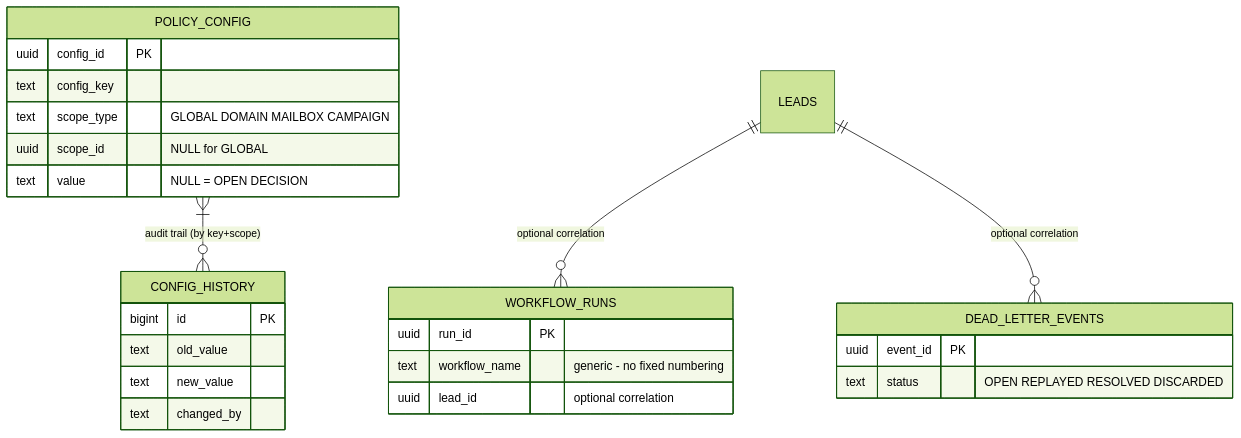
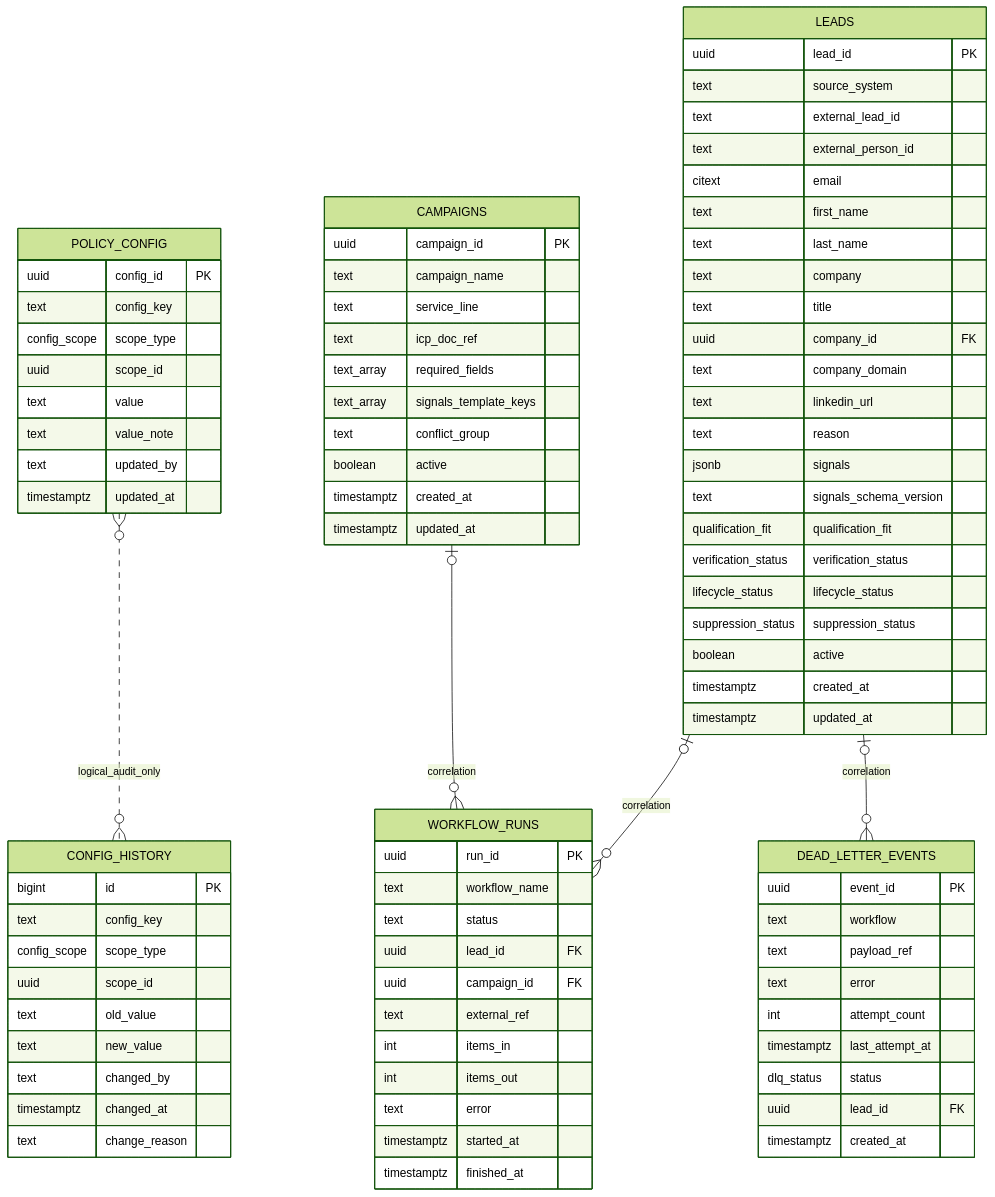
The fifth of 7 diagrams in docs/database-schema.md (shilpaskmc-design/skmc-cold-email), drawn with Mermaid (forest theme) before and after one commit. The commit also changed other lines of this file, not shown here.

First line of the commit message:
docs(database): complete all six Mermaid ER diagrams

````diff
--- a/docs/database-schema.md
+++ b/docs/database-schema.md
@@ -831,31 +1027,88 @@
 ```mermaid
 erDiagram
-    %% POLICY_CONFIG and CONFIG_HISTORY are logically associated by
-    %% config_key + scope_type + scope_id; NO physical FK exists.
-    %% config_history is an independent immutable audit history.
-    POLICY_CONFIG }|--o{ CONFIG_HISTORY : "audit trail (by key+scope)"
-    LEADS ||--o{ WORKFLOW_RUNS : "optional correlation"
-    LEADS ||--o{ DEAD_LETTER_EVENTS : "optional correlation"
+    POLICY_CONFIG }o..o{ CONFIG_HISTORY : logical_audit_only
+    LEADS o|--o{ WORKFLOW_RUNS : correlation
+    CAMPAIGNS o|--o{ WORKFLOW_RUNS : correlation
+    LEADS o|--o{ DEAD_LETTER_EVENTS : correlation
     POLICY_CONFIG {
         uuid config_id PK
         text config_key
-        text scope_type "GLOBAL DOMAIN MAILBOX CAMPAIGN"
-        uuid scope_id "NULL for GLOBAL"
-        text value "NULL = OPEN DECISION"
+        config_scope scope_type
+        uuid scope_id
+        text value
+        text value_note
+        text updated_by
+        timestamptz updated_at
     }
     CONFIG_HISTORY {
         bigint id PK
+        text config_key
+        config_scope scope_type
+        uuid scope_id
         text old_value
         text new_value
         text changed_by
+        timestamptz changed_at
+        text change_reason
+    }
+    LEADS {
+        uuid lead_id PK
+        text source_system
+        text external_lead_id
+        text external_person_id
+        citext email
+        text first_name
+        text last_name
+        text company
+        text title
+        uuid company_id FK
+        text company_domain
+        text linkedin_url
+        text reason
+        jsonb signals
+        text signals_schema_version
+        qualification_fit qualification_fit
+        verification_status verification_status
+        lifecycle_status lifecycle_status
+        suppression_status suppression_status
+        boolean active
+        timestamptz created_at
+        timestamptz updated_at
+    }
+    CAMPAIGNS {
+        uuid campaign_id PK
+        text campaign_name
+        text service_line
+        text icp_doc_ref
+        text_array required_fields
+        text_array signals_template_keys
+        text conflict_group
+        boolean active
+        timestamptz created_at
+        timestamptz updated_at
     }
     WORKFLOW_RUNS {
         uuid run_id PK
-        text workflow_name "generic - no fixed numbering"
-        uuid lead_id "optional correlation"
+        text workflow_name
+        text status
+        uuid lead_id FK
+        uuid campaign_id FK
+        text external_ref
+        int items_in
+        int items_out
+        text error
+        timestamptz started_at
+        timestamptz finished_at
     }
     DEAD_LETTER_EVENTS {
         uuid event_id PK
-        text status "OPEN REPLAYED RESOLVED DISCARDED"
+        text workflow
+        text payload_ref
+        text error
+        int attempt_count
+        timestamptz last_attempt_at
+        dlq_status status
+        uuid lead_id FK
+        timestamptz created_at
     }
 ```
````
